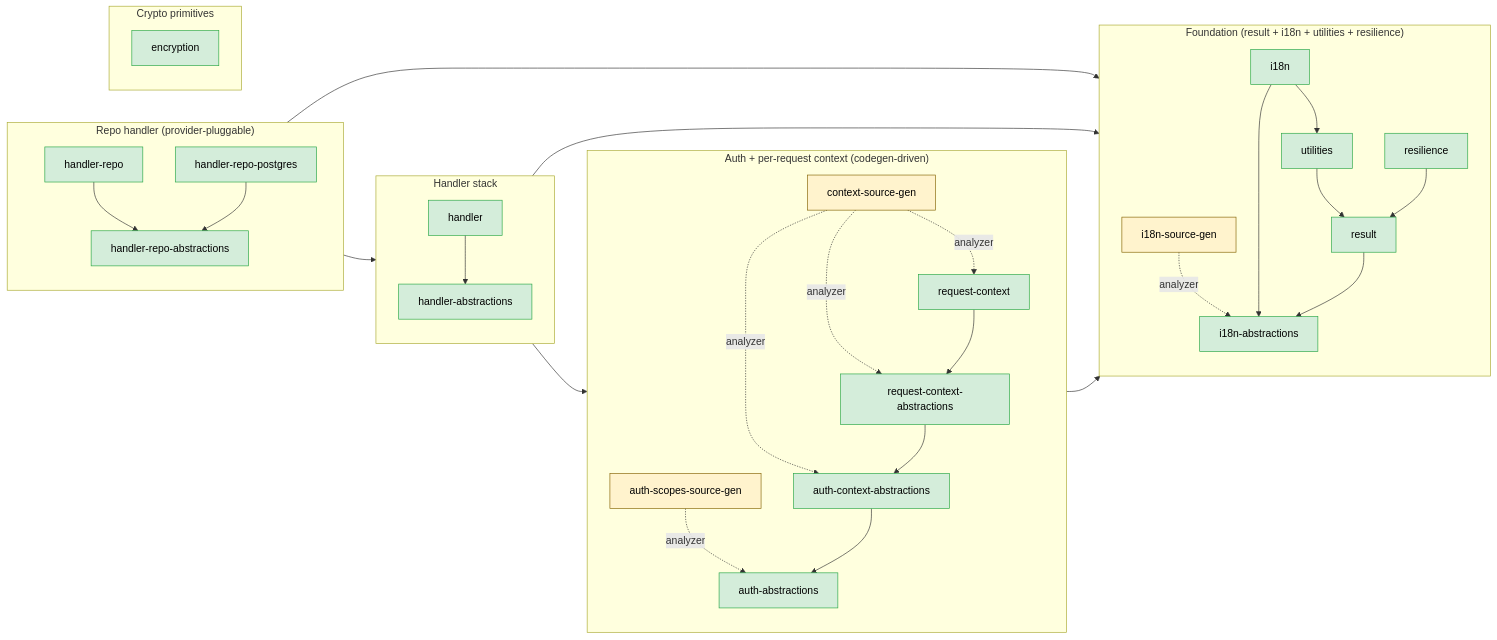
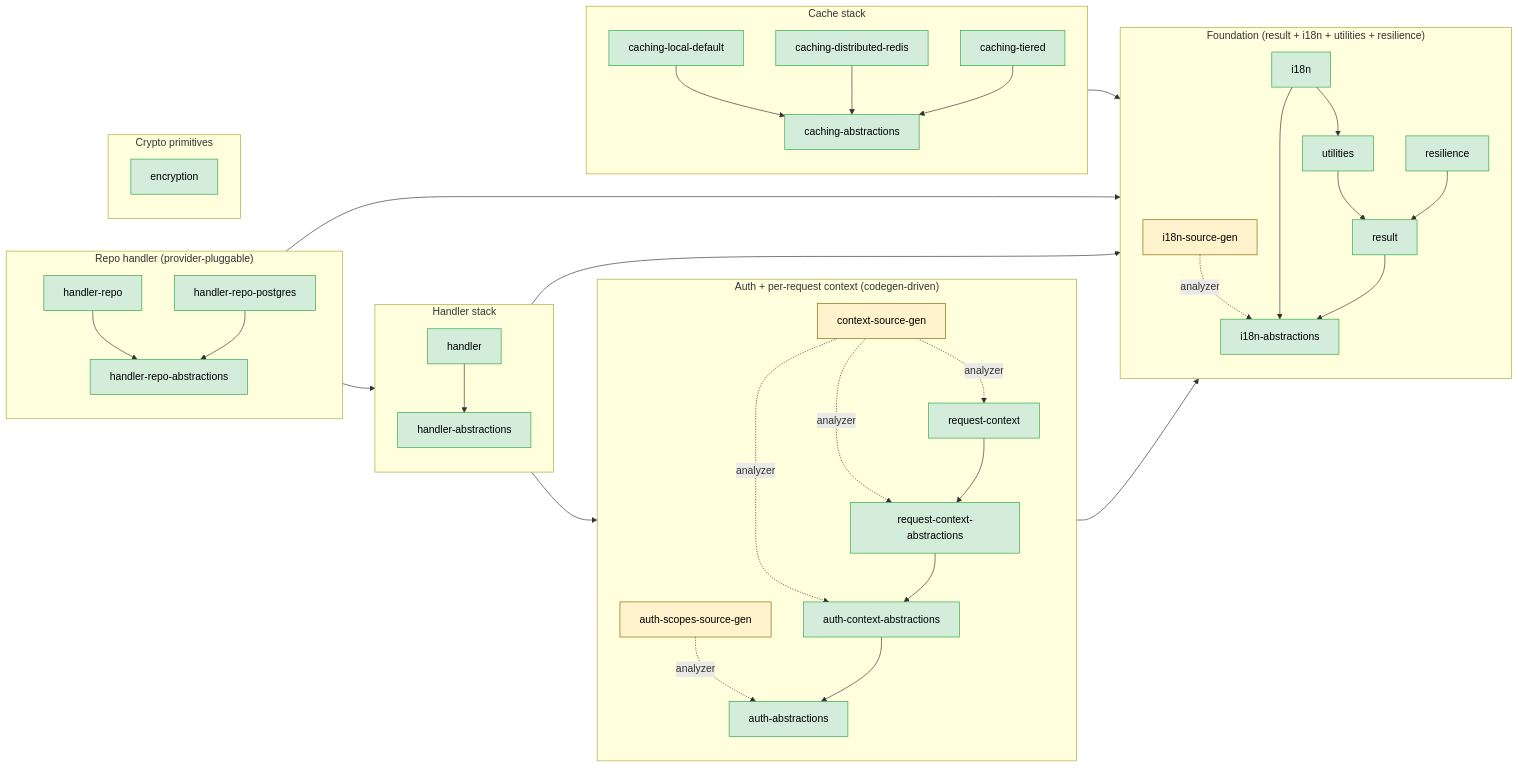
The diagram in server/shared/dotnet/README.md (DSCV-io/D2-WORX), drawn with Mermaid before and after one commit. The commit also changed other lines of this file and 68 other files, not shown here.

First line of the commit message:
feat(shared/caching): D2.Shared.Caching stack — Abstractions, Local.Default, Distributed.Redis, Tiered

````diff
--- a/server/shared/dotnet/README.md
+++ b/server/shared/dotnet/README.md
@@ -115,6 +115,18 @@
         Encryption[encryption]
     end
 
+    subgraph CACHING["Cache stack"]
+        direction TB
+        CacheAbs[caching-abstractions]
+        CacheLocal[caching-local-default]
+        CacheRedis[caching-distributed-redis]
+        CacheTiered[caching-tiered]
+
+        CacheLocal --> CacheAbs
+        CacheRedis --> CacheAbs
+        CacheTiered --> CacheAbs
+    end
+
     %% Cross-subgraph dependencies (only direct refs that aren't transitively
     %% implied by an intra-subgraph path).
     ReqCtx --> Utilities
@@ -122,6 +134,7 @@
     HandlerAbs --> Result
     Repo --> Handler
     RepoAbs --> I18n
+    CacheAbs --> Result
 
-    class I18nAbs,I18n,Result,Utilities,Resilience,AuthAbs,AuthCtxAbs,ReqCtxAbs,ReqCtx,HandlerAbs,Handler,RepoAbs,Repo,RepoPg,Encryption built
+    class I18nAbs,I18n,Result,Utilities,Resilience,AuthAbs,AuthCtxAbs,ReqCtxAbs,ReqCtx,HandlerAbs,Handler,RepoAbs,Repo,RepoPg,Encryption,CacheAbs,CacheLocal,CacheRedis,CacheTiered built
 ```
````
